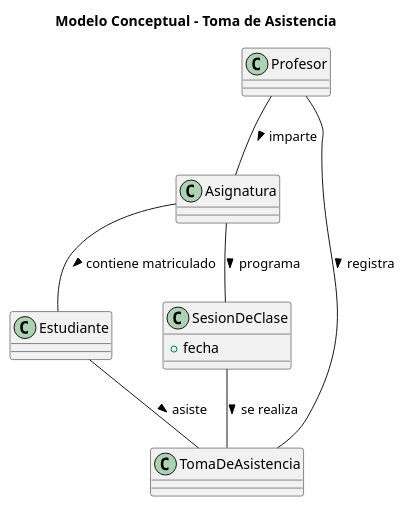
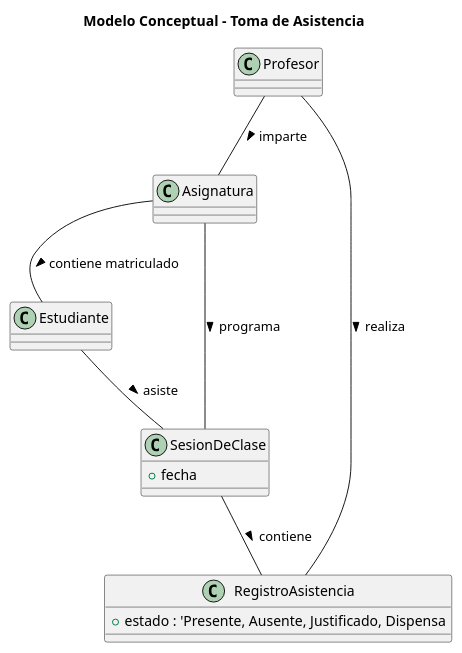
Before and after one commit to enmabry/25-26-IdSw1-SdR: the diagram in documents/ModeloDelDominio/DiagramasDeClase/Asistencias/segundaIteracion/Asistencia.puml, drawn with PlantUML. The commit also changed 3 other files, not shown here.

Commit message:
Eliminación del archivo Asistencia.puml y de la imagen Asistencia.png. Actualización del diagrama de clases en Asistencia.puml y creación del nuevo archivo Asistencia.svg con el modelo conceptual actualizado.

```diff
--- a/documents/ModeloDelDominio/DiagramasDeClase/Asistencias/segundaIteracion/Asistencia.puml
+++ b/documents/ModeloDelDominio/DiagramasDeClase/Asistencias/segundaIteracion/Asistencia.puml
@@ -1,27 +1,28 @@
-@startuml Toma de Asistencia
+@startuml Asistencia
 title Modelo Conceptual - Toma de Asistencia
 
 class Profesor {
 }
 
 class Asignatura {
 }
 
 class Estudiante {
 }
 
 class SesionDeClase {
   +fecha
 }
 
-class TomaDeAsistencia {
+class RegistroAsistencia {
+ +estado : 'Presente, Ausente, Justificado, Dispensa
 }
 
 ' ===== RELACIONES =====
 Profesor -- Asignatura : imparte >
 Asignatura -- SesionDeClase : programa >
 Asignatura -- Estudiante : contiene matriculado >
-Profesor -- TomaDeAsistencia : registra >
-SesionDeClase -- TomaDeAsistencia : se realiza >
-Estudiante -- TomaDeAsistencia : asiste >
+Profesor -- RegistroAsistencia : realiza >
+SesionDeClase -- RegistroAsistencia : contiene >
+Estudiante -- SesionDeClase : asiste >
 @enduml
```
